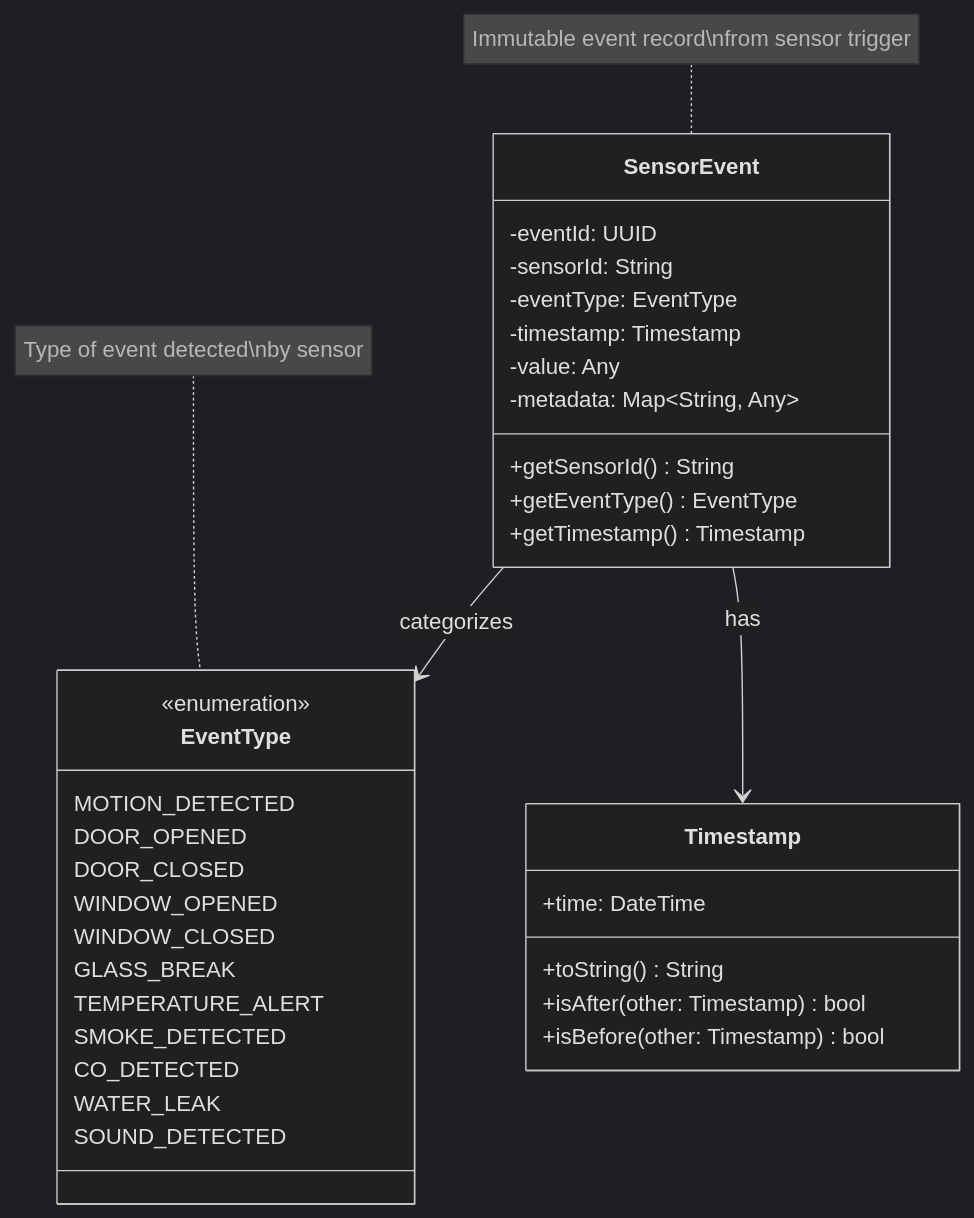
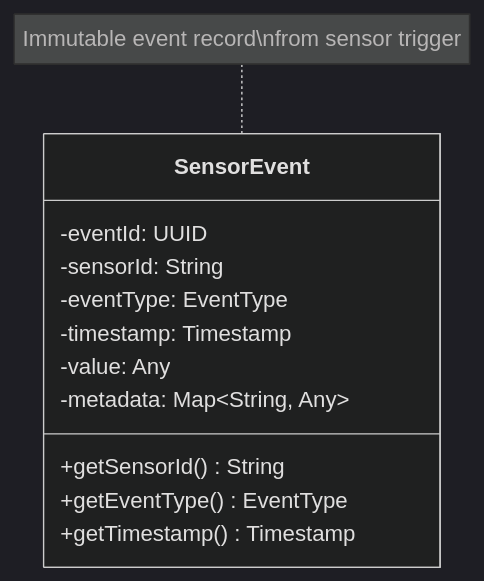
The ninth of 14 diagrams in diagrams/data_layer_class_diagram.md (mj010101/swe_25f), drawn with Mermaid (dark theme) before and after one commit. The commit also changed other lines of this file and 4 other files, not shown here.

````diff
--- a/diagrams/data_layer_class_diagram.md
+++ b/diagrams/data_layer_class_diagram.md
@@ -574,44 +327,18 @@
 ```mermaid
 classDiagram
     direction TB
 
     class SensorEvent {
         -eventId: UUID
         -sensorId: String
         -eventType: EventType
         -timestamp: Timestamp
         -value: Any
         -metadata: Map~String, Any~
         +getSensorId() String
         +getEventType() EventType
         +getTimestamp() Timestamp
     }
 
-    class EventType {
-        <<enumeration>>
-        MOTION_DETECTED
-        DOOR_OPENED
-        DOOR_CLOSED
-        WINDOW_OPENED
-        WINDOW_CLOSED
-        GLASS_BREAK
-        TEMPERATURE_ALERT
-        SMOKE_DETECTED
-        CO_DETECTED
-        WATER_LEAK
-        SOUND_DETECTED
-    }
-
-    class Timestamp {
-        +time: DateTime
-        +toString() String
-        +isAfter(other: Timestamp) bool
-        +isBefore(other: Timestamp) bool
-    }
-
-    SensorEvent --> EventType : categorizes
-    SensorEvent --> Timestamp : has
-
     note for SensorEvent "Immutable event record\nfrom sensor trigger"
-    note for EventType "Type of event detected\nby sensor"
 ```
````
